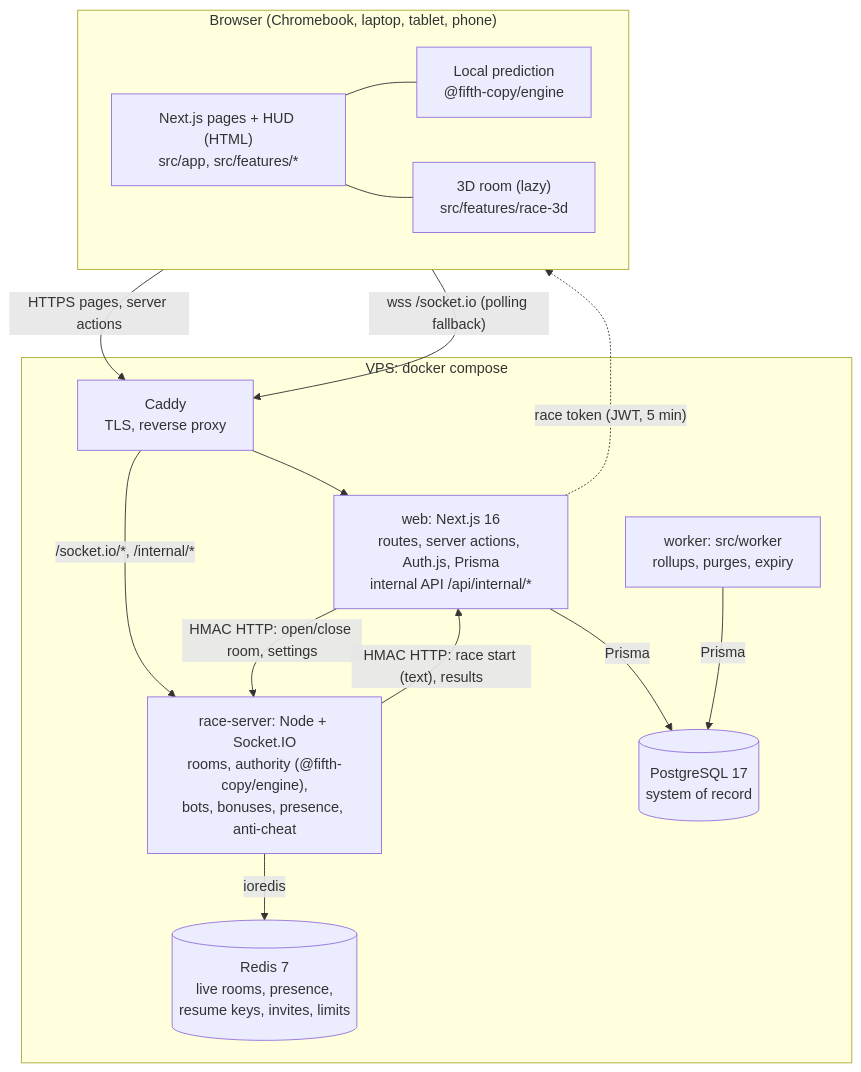
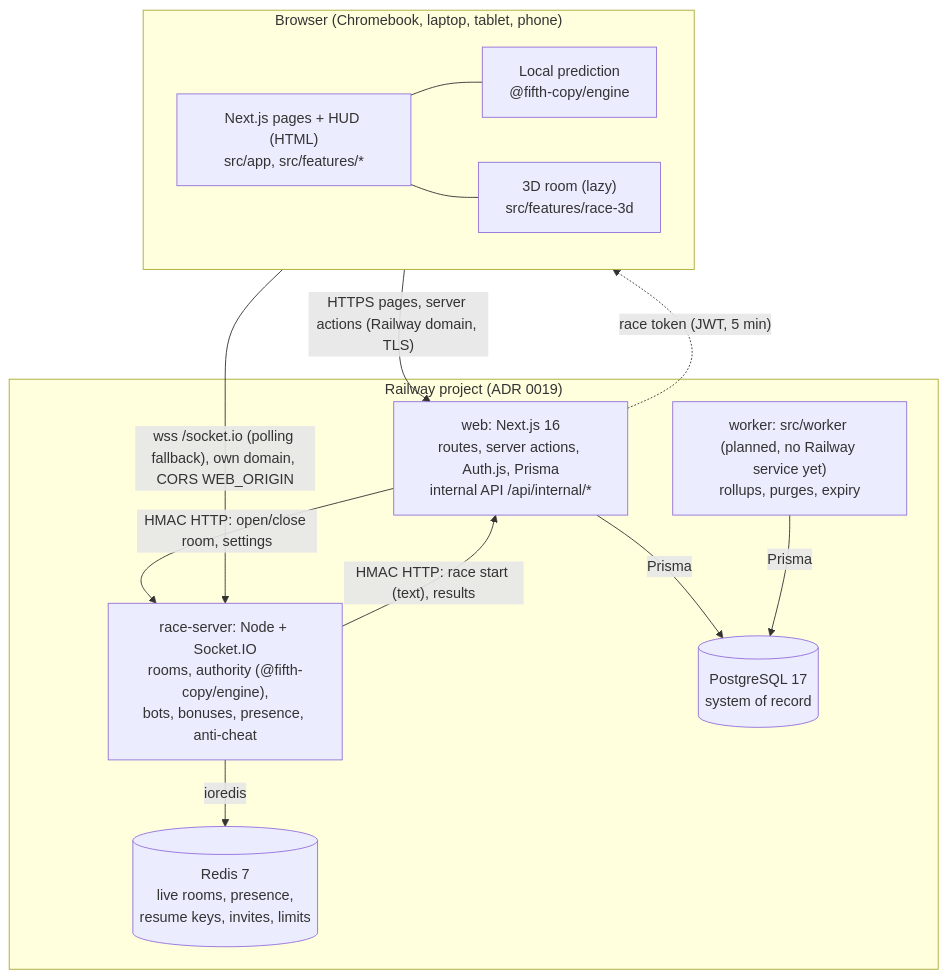
Before and after one commit to jimmy-razafindretsa/fifth-copy: the second of 6 diagrams in docs/architecture/ARCHITECTURE.md, drawn with Mermaid. The commit also changed other lines of this file and 2 other files, not shown here.

First line of the commit message:
[#649] docs: ARCHITECTURE and AGENTS map follow ADR 0019 (Railway); delivery log

````diff
--- a/docs/architecture/ARCHITECTURE.md
+++ b/docs/architecture/ARCHITECTURE.md
@@ -126,30 +127,27 @@
 ```mermaid
 flowchart TB
   subgraph browser["Browser (Chromebook, laptop, tablet, phone)"]
     ui["Next.js pages + HUD (HTML)<br/>src/app, src/features/*"]
     pred["Local prediction<br/>@fifth-copy/engine"]
     scene["3D room (lazy)<br/>src/features/race-3d"]
     ui --- pred
     ui --- scene
   end
 
-  subgraph vps["VPS: docker compose"]
-    caddy["Caddy<br/>TLS, reverse proxy"]
+  subgraph vps["Railway project (ADR 0019)"]
     web["web: Next.js 16<br/>routes, server actions, Auth.js, Prisma<br/>internal API /api/internal/*"]
     race["race-server: Node + Socket.IO<br/>rooms, authority (@fifth-copy/engine),<br/>bots, bonuses, presence, anti-cheat"]
-    worker["worker: src/worker<br/>rollups, purges, expiry"]
+    worker["worker: src/worker (planned, no Railway service yet)<br/>rollups, purges, expiry"]
     pg[("PostgreSQL 17<br/>system of record")]
     redis[("Redis 7<br/>live rooms, presence,<br/>resume keys, invites, limits")]
   end
 
-  browser -->|HTTPS pages, server actions| caddy
-  browser -->|"wss /socket.io (polling fallback)"| caddy
-  caddy --> web
-  caddy -->|"/socket.io/*, /internal/*"| race
+  browser -->|"HTTPS pages, server actions (Railway domain, TLS)"| web
+  browser -->|"wss /socket.io (polling fallback), own domain, CORS WEB_ORIGIN"| race
   web -->|Prisma| pg
   worker -->|Prisma| pg
   race -->|ioredis| redis
   web -->|"HMAC HTTP: open/close room, settings"| race
   race -->|"HMAC HTTP: race start (text), results"| web
   web -.->|"race token (JWT, 5 min)"| browser
 ```
````
